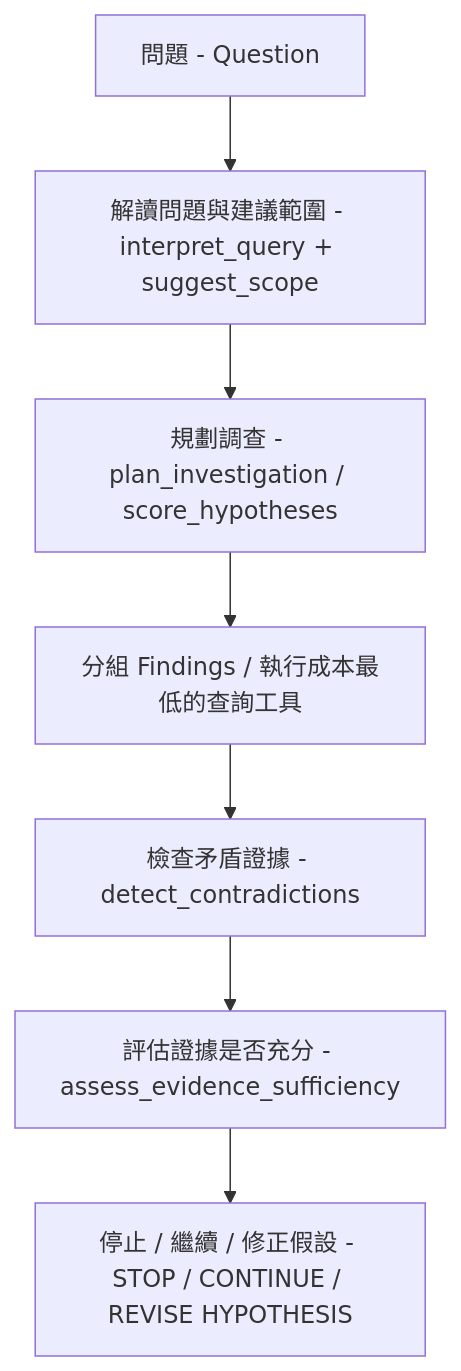
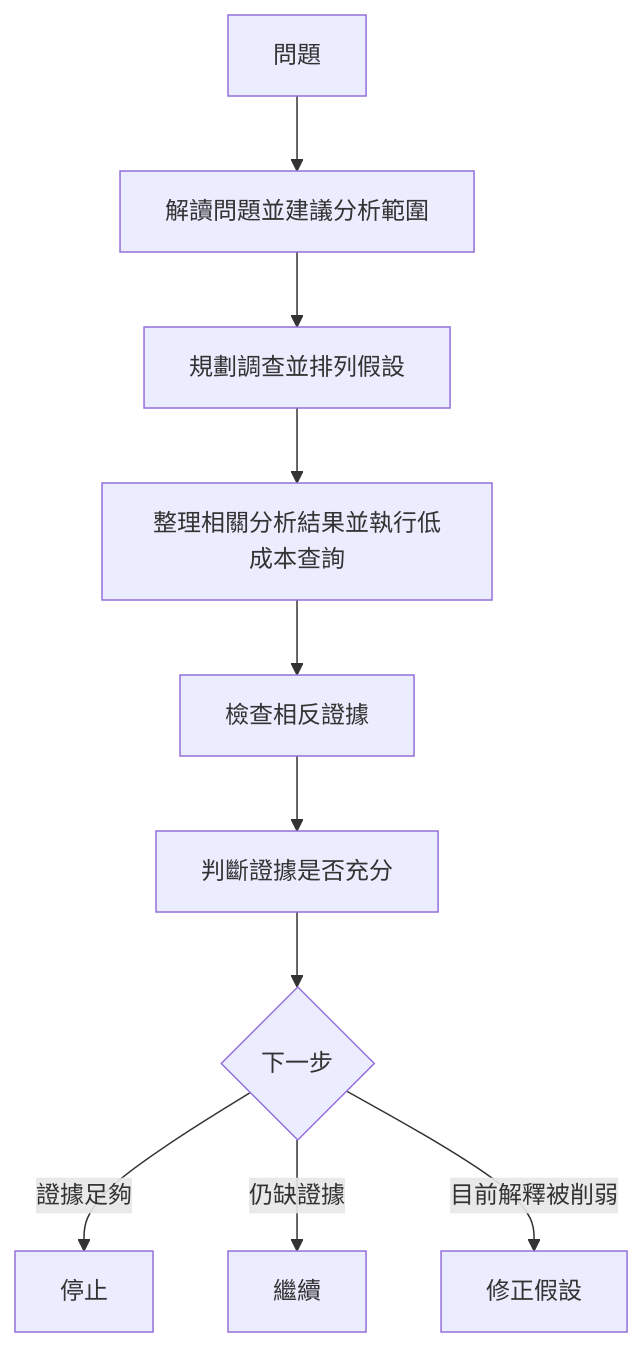
Before and after one commit to kuopinghsu/FreeRTOS-BTF-Trace: the second of 3 diagrams in BTFViewer/AI_zh-TW.md, drawn with Mermaid. The commit also changed other lines of this file and 22 other files, not shown here.

````diff
--- a/BTFViewer/AI_zh-TW.md
+++ b/BTFViewer/AI_zh-TW.md
@@ -1482,9 +941,12 @@
 ```mermaid
 flowchart TD
-  q["問題 - Question"] --> interpret["解讀問題與建議範圍 - interpret_query + suggest_scope"]
-  interpret --> plan["規劃調查 - plan_investigation / score_hypotheses"]
-  plan --> cluster["分組 Findings / 執行成本最低的查詢工具"]
-  cluster --> contradict["檢查矛盾證據 - detect_contradictions"]
-  contradict --> assess["評估證據是否充分 - assess_evidence_sufficiency"]
-  assess --> next["停止 / 繼續 / 修正假設 - STOP / CONTINUE / REVISE HYPOTHESIS"]
+  q["問題"] --> interpret["解讀問題並建議分析範圍"]
+  interpret --> plan["規劃調查並排列假設"]
+  plan --> cluster["整理相關分析結果並執行低成本查詢"]
+  cluster --> contradict["檢查相反證據"]
+  contradict --> assess["判斷證據是否充分"]
+  assess --> next{"下一步"}
+  next -->|證據足夠| stop["停止"]
+  next -->|仍缺證據| continue["繼續"]
+  next -->|目前解釋被削弱| revise["修正假設"]
 ```
````
